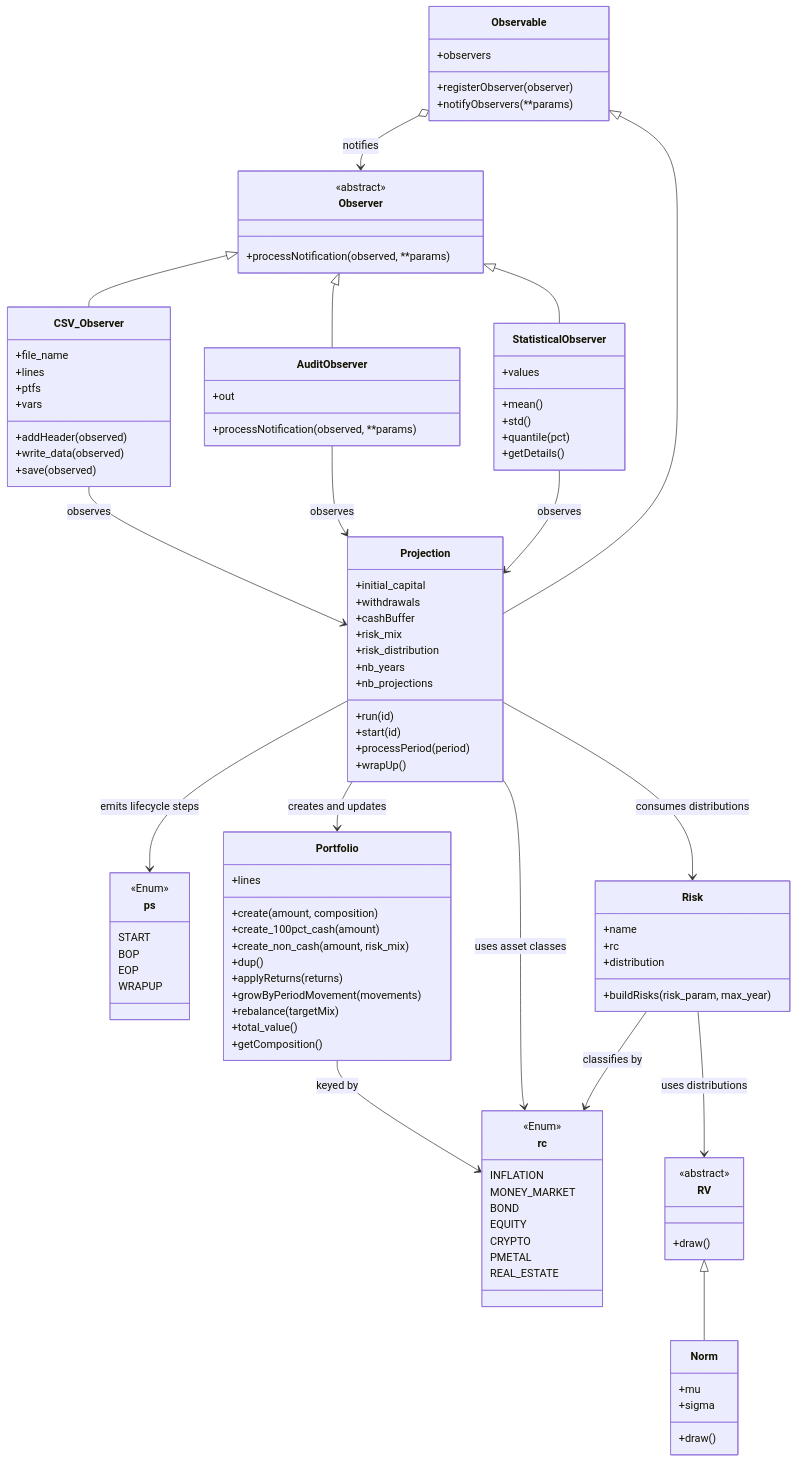
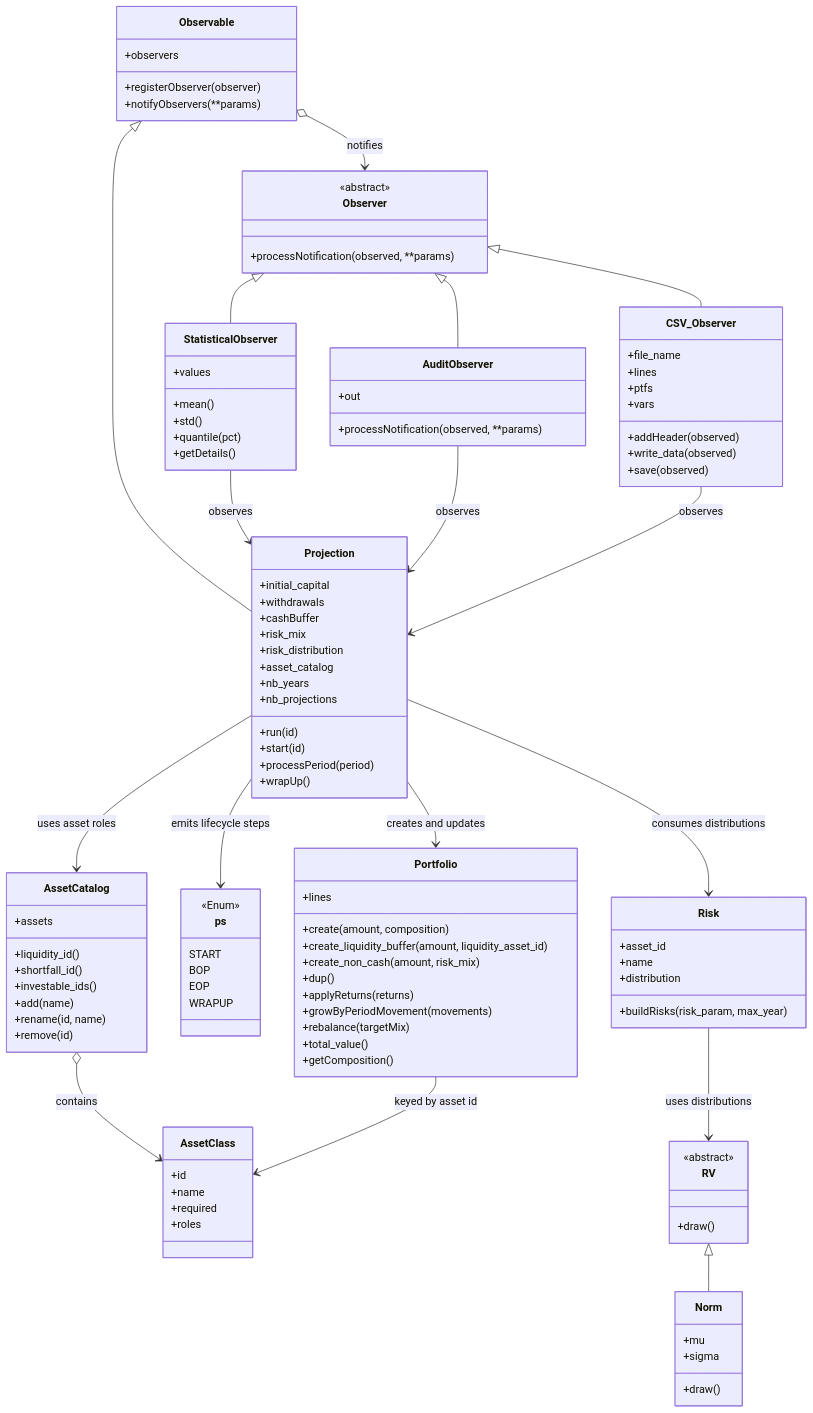
The diagram in README.md (ajmscherer/finproj), drawn with Mermaid before and after one commit. The commit also changed other lines of this file and 6 other files, not shown here.

First line of the commit message:
Enhance asset management simulation with customizable asset classes

````diff
--- a/README.md
+++ b/README.md
@@ -175,14 +196,20 @@
 ```mermaid
 classDiagram
-    class rc {
-      <<Enum>>
-      INFLATION
-      MONEY_MARKET
-      BOND
-      EQUITY
-      CRYPTO
-      PMETAL
-      REAL_ESTATE
+    class AssetCatalog {
+      +assets
+      +liquidity_id()
+      +shortfall_id()
+      +investable_ids()
+      +add(name)
+      +rename(id, name)
+      +remove(id)
+    }
+
+    class AssetClass {
+      +id
+      +name
+      +required
+      +roles
     }
 
     class ps {
@@ -205,8 +232,8 @@
     }
 
     class Risk {
+      +asset_id
       +name
-      +rc
       +distribution
       +buildRisks(risk_param, max_year)
     }
@@ -214,7 +241,7 @@
     class Portfolio {
       +lines
       +create(amount, composition)
-      +create_100pct_cash(amount)
+      +create_liquidity_buffer(amount, liquidity_asset_id)
       +create_non_cash(amount, risk_mix)
       +dup()
       +applyReturns(returns)
@@ -241,6 +268,7 @@
       +cashBuffer
       +risk_mix
       +risk_distribution
+      +asset_catalog
       +nb_years
       +nb_projections
       +run(id)
@@ -278,14 +306,14 @@
     Observer <|-- CSV_Observer
     Observable <|-- Projection
 
-    Risk --> rc : classifies by
+    AssetCatalog o--> AssetClass : contains
     Risk --> RV : uses distributions
     Projection --> Portfolio : creates and updates
     Projection --> Risk : consumes distributions
-    Projection --> rc : uses asset classes
+    Projection --> AssetCatalog : uses asset roles
     Projection --> ps : emits lifecycle steps
     Observable o--> Observer : notifies
-    Portfolio --> rc : keyed by
+    Portfolio --> AssetClass : keyed by asset id
     StatisticalObserver --> Projection : observes
     AuditObserver --> Projection : observes
     CSV_Observer --> Projection : observes
````
